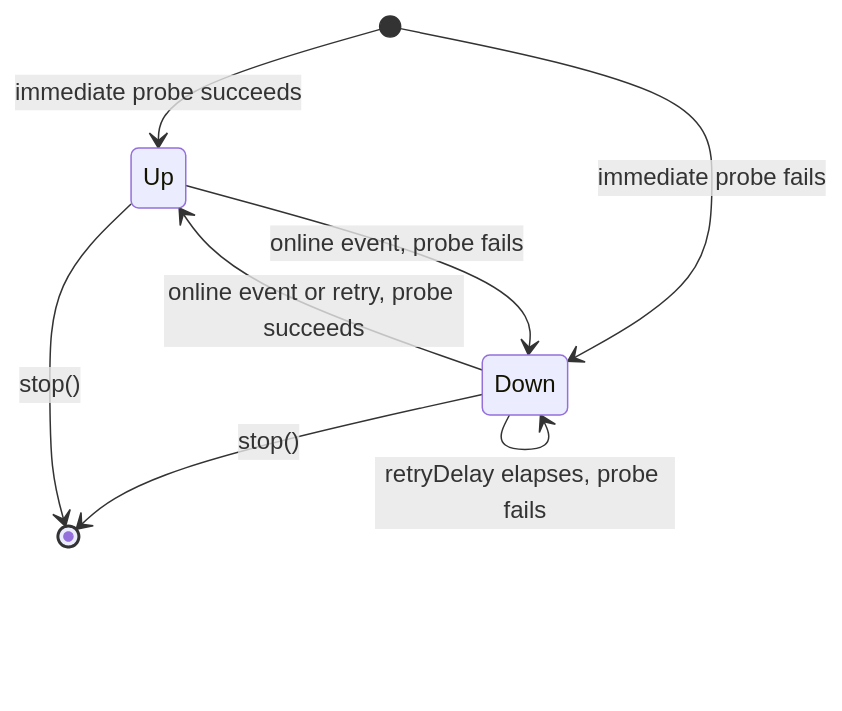
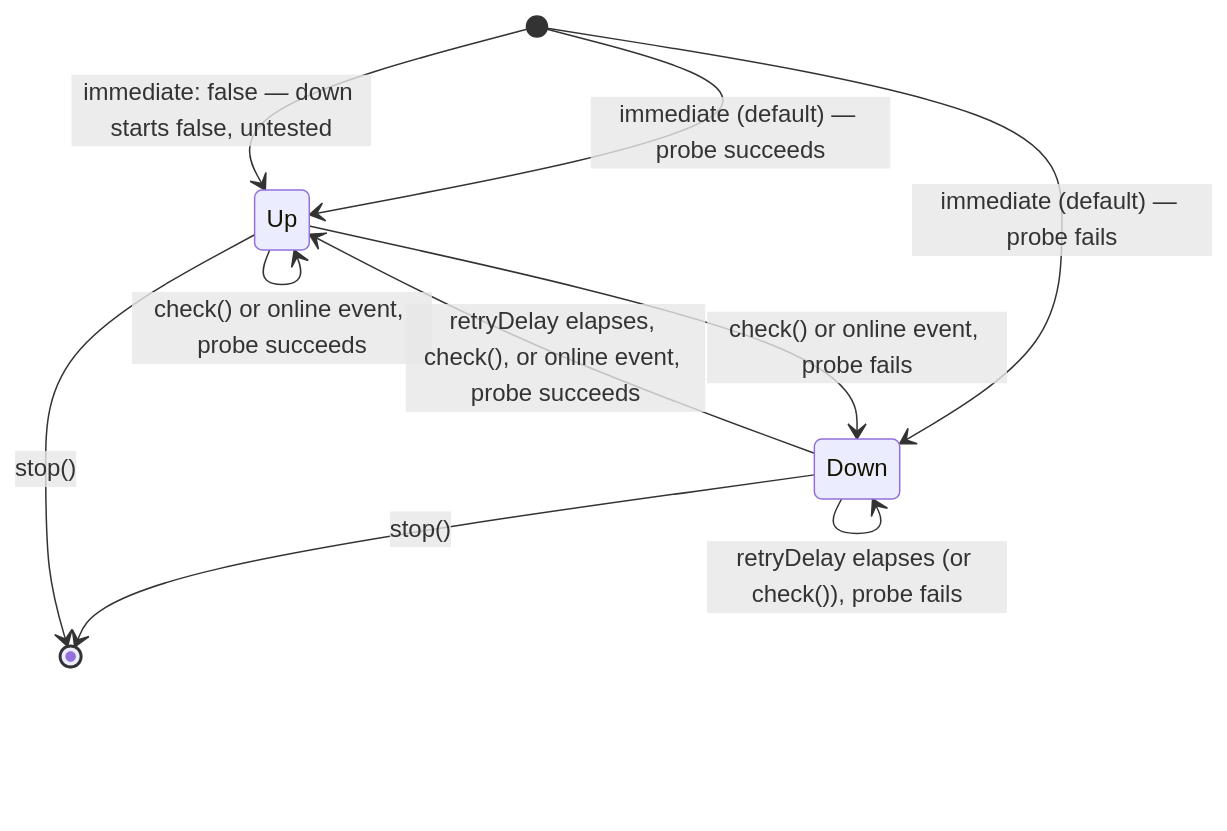
The diagram in docs/composables/liveness-probe.md (Guebbit/vue-toolkit), drawn with Mermaid before and after one commit. The commit also changed other lines of this file and 9 other files, not shown here.

````diff
--- a/docs/composables/liveness-probe.md
+++ b/docs/composables/liveness-probe.md
@@ -44,10 +44,12 @@
 ```mermaid
 stateDiagram-v2
-    [*] --> Up: immediate probe succeeds
-    [*] --> Down: immediate probe fails
-    Up --> Down: online event, probe fails
-    Down --> Down: retryDelay elapses, probe fails
-    Down --> Up: online event or retry, probe succeeds
+    [*] --> Up: immediate (default) — probe succeeds
+    [*] --> Down: immediate (default) — probe fails
+    [*] --> Up: immediate: false — down starts false, untested
+    Up --> Up: check() or online event, probe succeeds
+    Up --> Down: check() or online event, probe fails
+    Down --> Down: retryDelay elapses (or check()), probe fails
+    Down --> Up: retryDelay elapses, check(), or online event, probe succeeds
     Down --> [*]: stop()
     Up --> [*]: stop()
 ```
````
